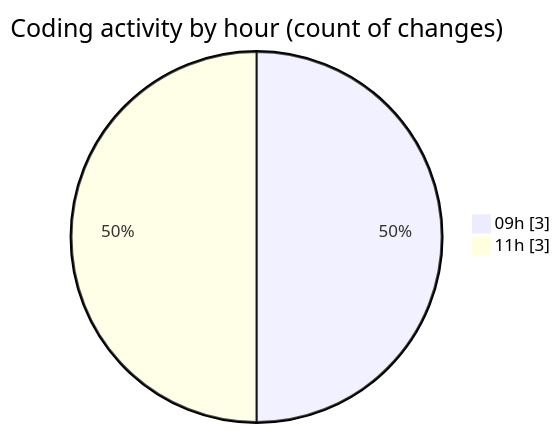
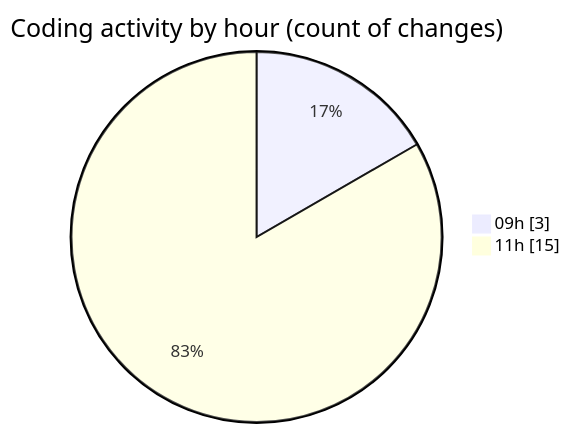
One commit to julien-gomy/code-tracking changed the second of 2 diagrams in 2025-10-15/eventscop-api-guide__workspace_/README.md. Above: the diagram before and after it, drawn with Mermaid. The commit also changed other lines of this file and 1 other file, not shown here.

````diff
--- a/2025-10-15/eventscop-api-guide__workspace_/README.md
+++ b/2025-10-15/eventscop-api-guide__workspace_/README.md
@@ -29,6 +31,6 @@
 ```mermaid
 pie showData
 title Coding activity by hour (count of changes)
 "09h" : 3
-"11h" : 3
+"11h" : 15
 ```
````
